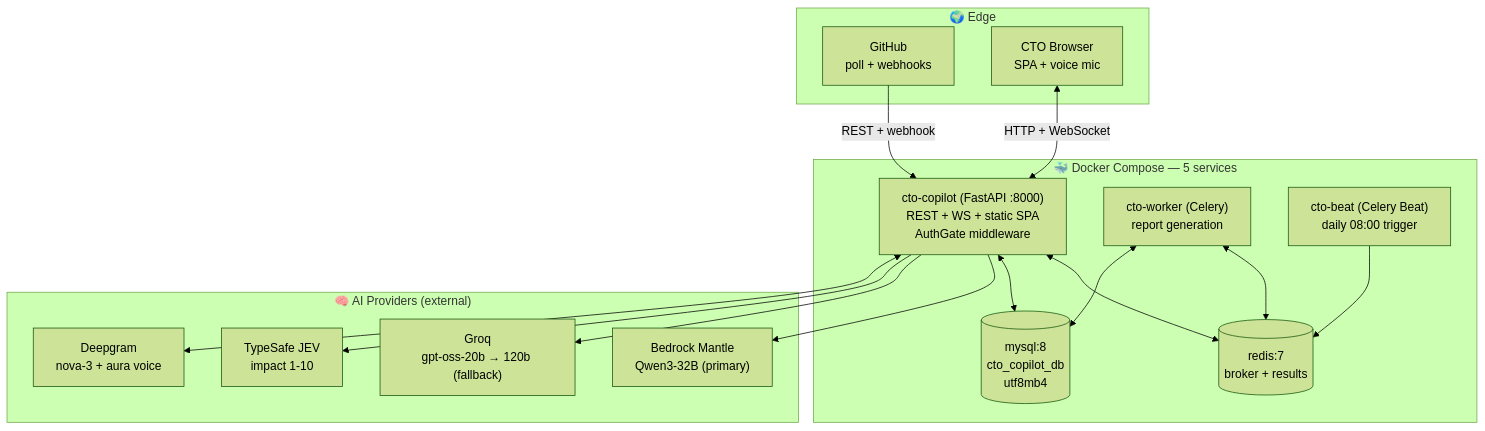
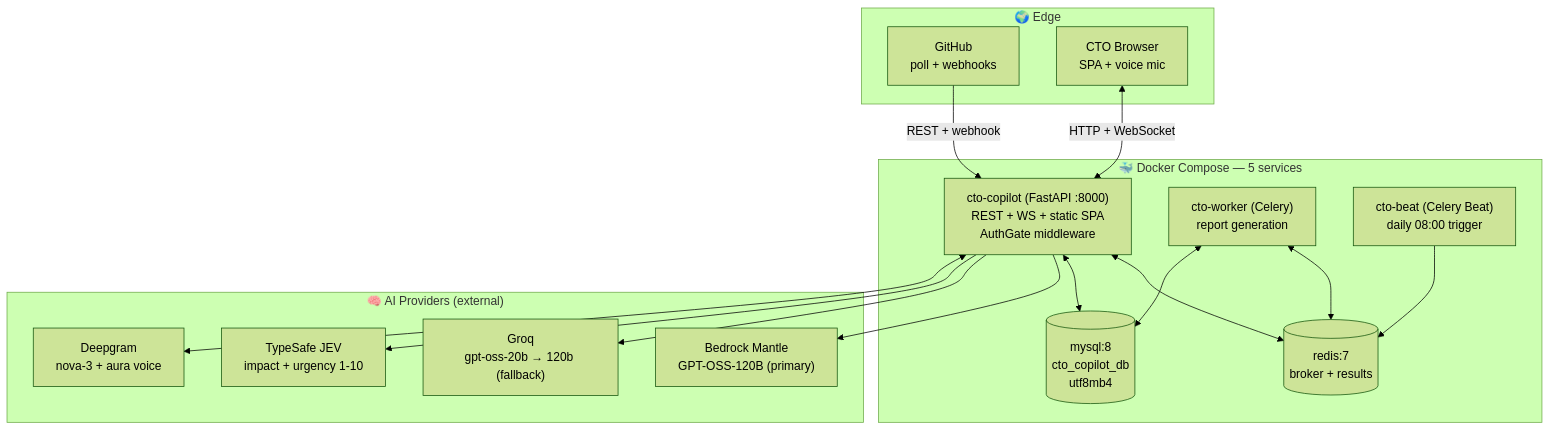
The tenth of 12 diagrams in README.md (SeifMahmoud63/CTO-Copilot), drawn with Mermaid (forest theme) before and after one commit. The commit also changed other lines of this file and 13 other files, not shown here.

````diff
--- a/README.md
+++ b/README.md
@@ -378,31 +554,31 @@
 ```mermaid
 flowchart TB
     subgraph Edge ["🌍 Edge"]
         GH["GitHub<br/>poll + webhooks"]
         USER["CTO Browser<br/>SPA + voice mic"]
     end
     subgraph App ["🐳 Docker Compose — 5 services"]
         API["cto-copilot (FastAPI :8000)<br/>REST + WS + static SPA<br/>AuthGate middleware"]
         WORKER["cto-worker (Celery)<br/>report generation"]
         BEAT["cto-beat (Celery Beat)<br/>daily 08:00 trigger"]
         REDIS[("redis:7<br/>broker + results")]
         MYSQL[("mysql:8<br/>cto_copilot_db<br/>utf8mb4")]
     end
     subgraph AI ["🧠 AI Providers (external)"]
-        BED["Bedrock Mantle<br/>Qwen3-32B (primary)"]
+        BED["Bedrock Mantle<br/>GPT-OSS-120B (primary)"]
         GROQ["Groq<br/>gpt-oss-20b → 120b (fallback)"]
-        JEV["TypeSafe JEV<br/>impact 1-10"]
+        JEV["TypeSafe JEV<br/>impact + urgency 1-10"]
         DG["Deepgram<br/>nova-3 + aura voice"]
     end
     GH -->|REST + webhook| API
     USER <-->|HTTP + WebSocket| API
     API <--> REDIS
     API <--> MYSQL
     WORKER <--> REDIS
     WORKER <--> MYSQL
     BEAT --> REDIS
     API --> BED
     API --> GROQ
     API --> JEV
     API <--> DG
 ```
````
